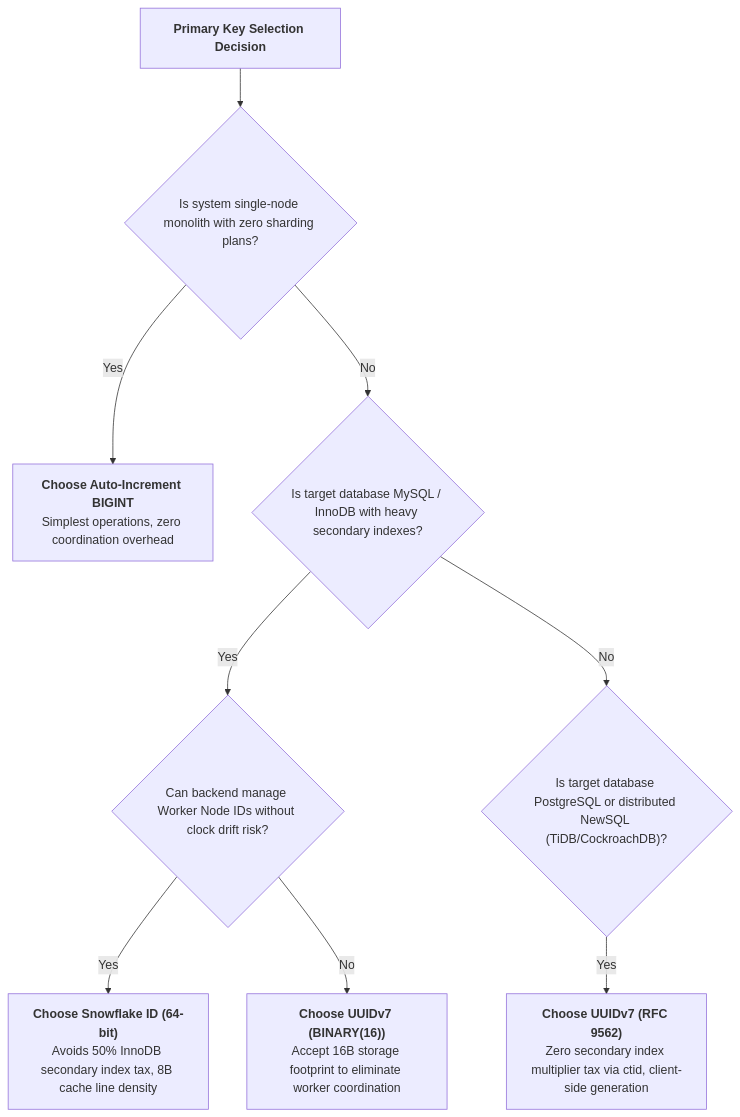
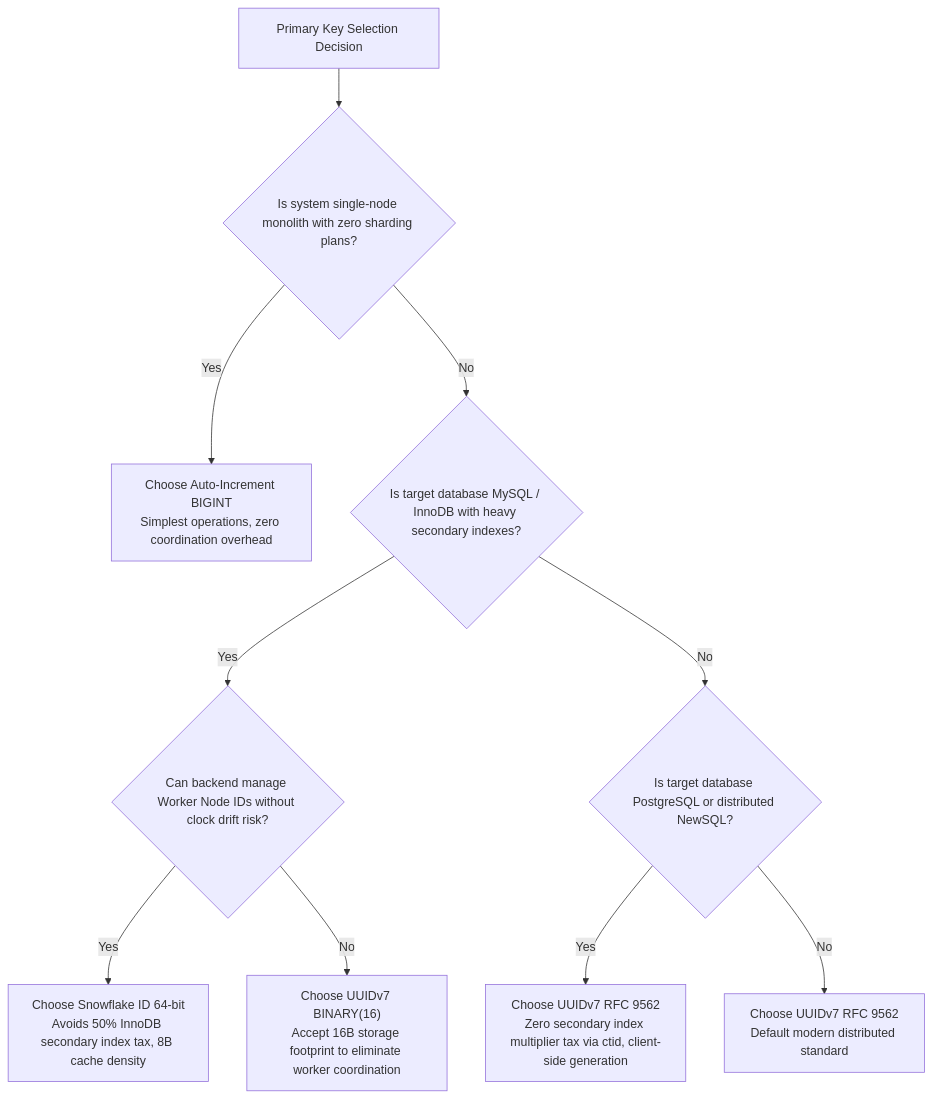
The seventh of 7 diagrams in content/series/architectural-tradeoffs-showdowns/03-primary-key-showdown-uuidv7-vs-snowflake-vs-bigint.md (vesviet/vesviet), drawn with Mermaid before and after one commit. The commit also changed other lines of this file, not shown here.

Commit message:
fix(series): resolve mermaid 10.9 syntax errors in postgres heap and architecture diagrams

````diff
--- a/content/series/architectural-tradeoffs-showdowns/03-primary-key-showdown-uuidv7-vs-snowflake-vs-bigint.md
+++ b/content/series/architectural-tradeoffs-showdowns/03-primary-key-showdown-uuidv7-vs-snowflake-vs-bigint.md
@@ -640,13 +640,14 @@
 ```mermaid
 flowchart TD
-    Start["<b>Primary Key Selection Decision</b>"] --> Q1{"Is system single-node monolith with zero sharding plans?"}
-    Q1 -- Yes --> BigInt["<b>Choose Auto-Increment BIGINT</b><br/>Simplest operations, zero coordination overhead"]
-    Q1 -- No --> Q2{"Is target database MySQL / InnoDB with heavy secondary indexes?"}
+    Start["Primary Key Selection Decision"] --> Q1{"Is system single-node monolith with zero sharding plans?"}
+    Q1 -->|Yes| BigInt["Choose Auto-Increment BIGINT<br/>Simplest operations, zero coordination overhead"]
+    Q1 -->|No| Q2{"Is target database MySQL / InnoDB with heavy secondary indexes?"}
     
-    Q2 -- Yes --> Q3{"Can backend manage Worker Node IDs without clock drift risk?"}
-    Q3 -- Yes --> Snowflake["<b>Choose Snowflake ID (64-bit)</b><br/>Avoids 50% InnoDB secondary index tax, 8B cache line density"]
-    Q3 -- No --> UUID7_MySQL["<b>Choose UUIDv7 (BINARY(16))</b><br/>Accept 16B storage footprint to eliminate worker coordination"]
+    Q2 -->|Yes| Q3{"Can backend manage Worker Node IDs without clock drift risk?"}
+    Q3 -->|Yes| Snowflake["Choose Snowflake ID 64-bit<br/>Avoids 50% InnoDB secondary index tax, 8B cache density"]
+    Q3 -->|No| UUID7_MySQL["Choose UUIDv7 BINARY(16)<br/>Accept 16B storage footprint to eliminate worker coordination"]
     
-    Q2 -- No --> Q4{"Is target database PostgreSQL or distributed NewSQL (TiDB/CockroachDB)?"}
-    Q4 -- Yes --> UUID7_PG["<b>Choose UUIDv7 (RFC 9562)</b><br/>Zero secondary index multiplier tax via ctid, client-side generation"]
+    Q2 -->|No| Q4{"Is target database PostgreSQL or distributed NewSQL?"}
+    Q4 -->|Yes| UUID7_PG["Choose UUIDv7 RFC 9562<br/>Zero secondary index multiplier tax via ctid, client-side generation"]
+    Q4 -->|No| UUID7_Default["Choose UUIDv7 RFC 9562<br/>Default modern distributed standard"]
 ```
````
